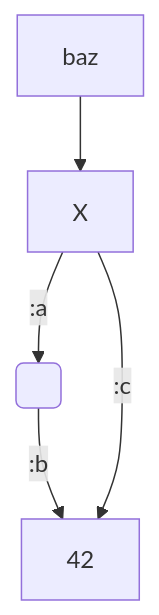
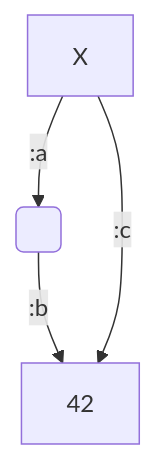
The fourth of 4 diagrams in README.md (ekoontz/dag-unify), drawn with Mermaid before and after one commit.

Commit message:
doc improvements

````diff
--- a/README.md
+++ b/README.md
@@ -202,7 +202,6 @@
 ```mermaid
 graph TD
-    baz --> X
 	X --> |:a| B( )
     B   --> |:b| D[42]
     X --> |:c| D
 ```
````
